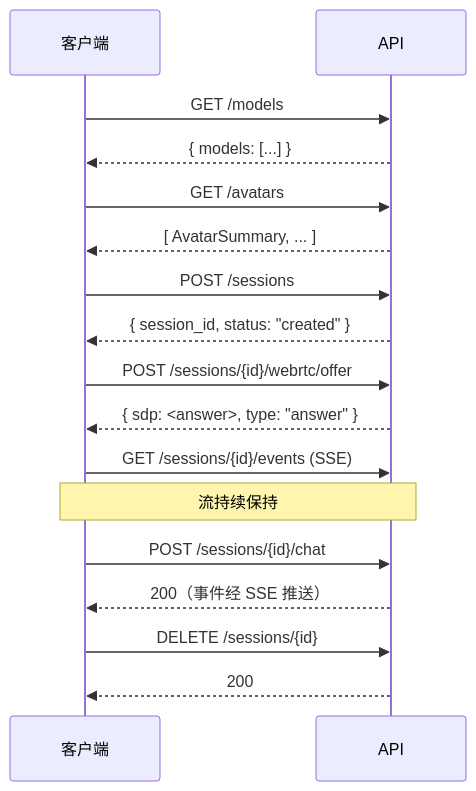
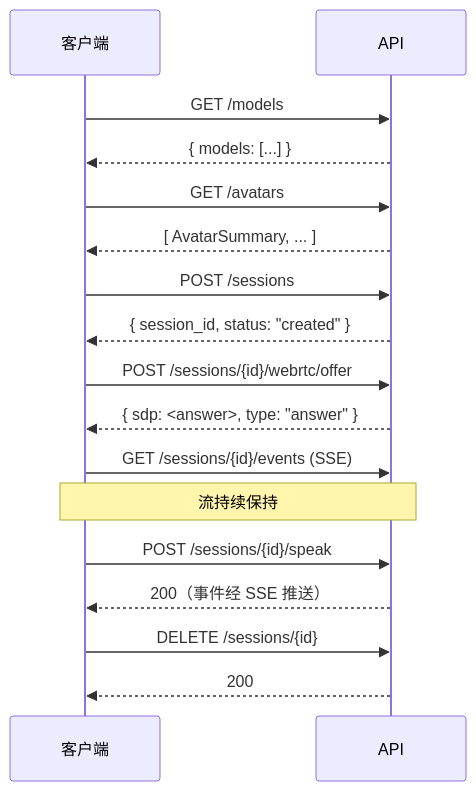
One commit to datascale-ai/opentalking changed the diagram in docs/zh/api-reference/index.md. Above: the diagram before and after it, drawn with Mermaid. The commit also changed other lines of this file and 50 other files, not shown here.

````diff
--- a/docs/zh/api-reference/index.md
+++ b/docs/zh/api-reference/index.md
@@ -85,26 +84,26 @@
 ```mermaid
 sequenceDiagram
     participant C as 客户端
     participant API as API
 
     C->>API: GET /models
     API-->>C: { models: [...] }
 
     C->>API: GET /avatars
     API-->>C: [ AvatarSummary, ... ]
 
     C->>API: POST /sessions
     API-->>C: { session_id, status: "created" }
 
     C->>API: POST /sessions/{id}/webrtc/offer
     API-->>C: { sdp: <answer>, type: "answer" }
 
     C->>API: GET /sessions/{id}/events (SSE)
     note over C,API: 流持续保持
 
-    C->>API: POST /sessions/{id}/chat
+    C->>API: POST /sessions/{id}/speak
     API-->>C: 200（事件经 SSE 推送）
 
     C->>API: DELETE /sessions/{id}
     API-->>C: 200
 ```
````
